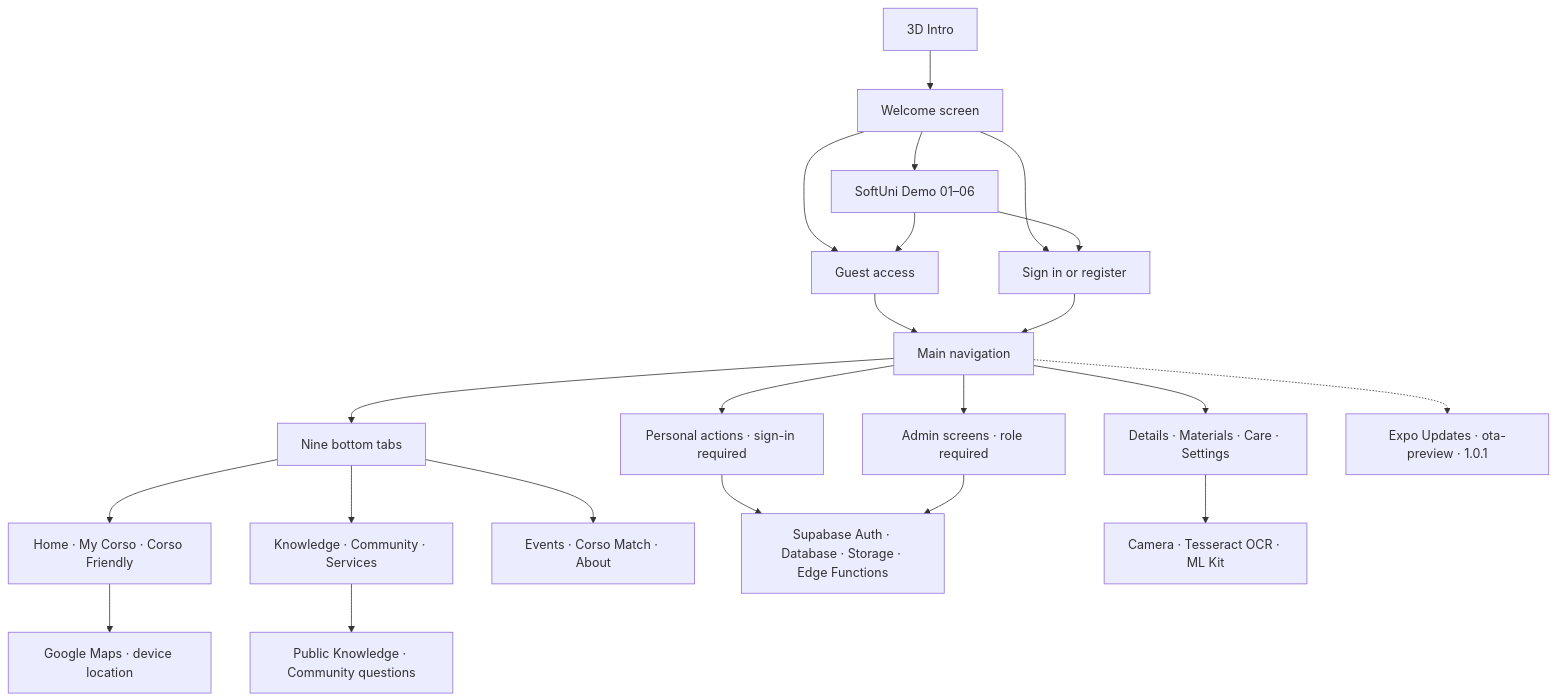
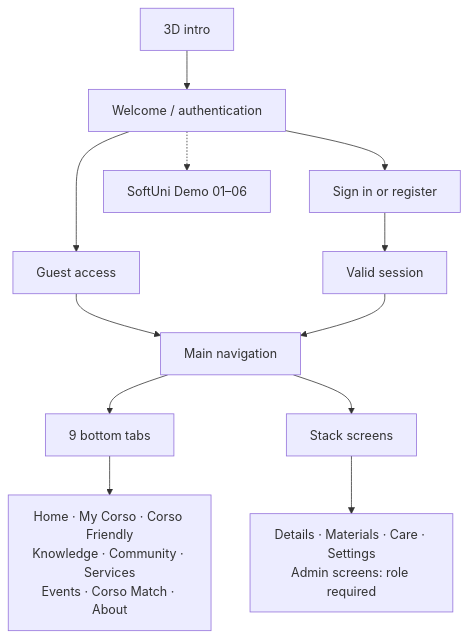
One commit to SATananov/USGCorso changed the first of 2 diagrams in README.md. Above: the diagram before and after it, drawn with Mermaid. The commit also changed other lines of this file, not shown here.

Commit message:
Make project overview easier to follow

````diff
--- a/README.md
+++ b/README.md
@@ -154,26 +156,14 @@
 ```mermaid
-flowchart TD
-    INTRO["3D Intro"] --> WELCOME["Welcome screen"]
-    WELCOME --> DEMO["SoftUni Demo 01–06"]
+flowchart TB
+    INTRO["3D intro"] --> WELCOME["Welcome / authentication"]
     WELCOME --> GUEST["Guest access"]
     WELCOME --> LOGIN["Sign in or register"]
-    DEMO --> LOGIN
-    DEMO --> GUEST
+    WELCOME -.-> DEMO["SoftUni Demo 01–06"]
     GUEST --> MAIN["Main navigation"]
-    LOGIN --> MAIN
-
-    MAIN --> TABS["Nine bottom tabs"]
-    TABS --> GROUP1["Home · My Corso · Corso Friendly"]
-    TABS --> GROUP2["Knowledge · Community · Services"]
-    TABS --> GROUP3["Events · Corso Match · About"]
-
-    MAIN --> STACK["Details · Materials · Care · Settings"]
-    MAIN --> ADMIN["Admin screens · role required"]
-    GROUP2 --> PUBLIC["Public Knowledge · Community questions"]
-    MAIN --> PERSONAL["Personal actions · sign-in required"]
-    PERSONAL --> SUPA["Supabase Auth · Database · Storage · Edge Functions"]
-    ADMIN --> SUPA
-    GROUP1 --> MAP["Google Maps · device location"]
-    STACK --> DEVICE["Camera · Tesseract OCR · ML Kit"]
-    MAIN -.-> OTA["Expo Updates · ota-preview · 1.0.1"]
+    LOGIN --> SESSION["Valid session"]
+    SESSION --> MAIN
+    MAIN --> TABS["9 bottom tabs"]
+    MAIN --> STACK["Stack screens"]
+    TABS --> AREAS["Home · My Corso · Corso Friendly<br/>Knowledge · Community · Services<br/>Events · Corso Match · About"]
+    STACK --> SCREENS["Details · Materials · Care · Settings<br/>Admin screens: role required"]
 ```
````
